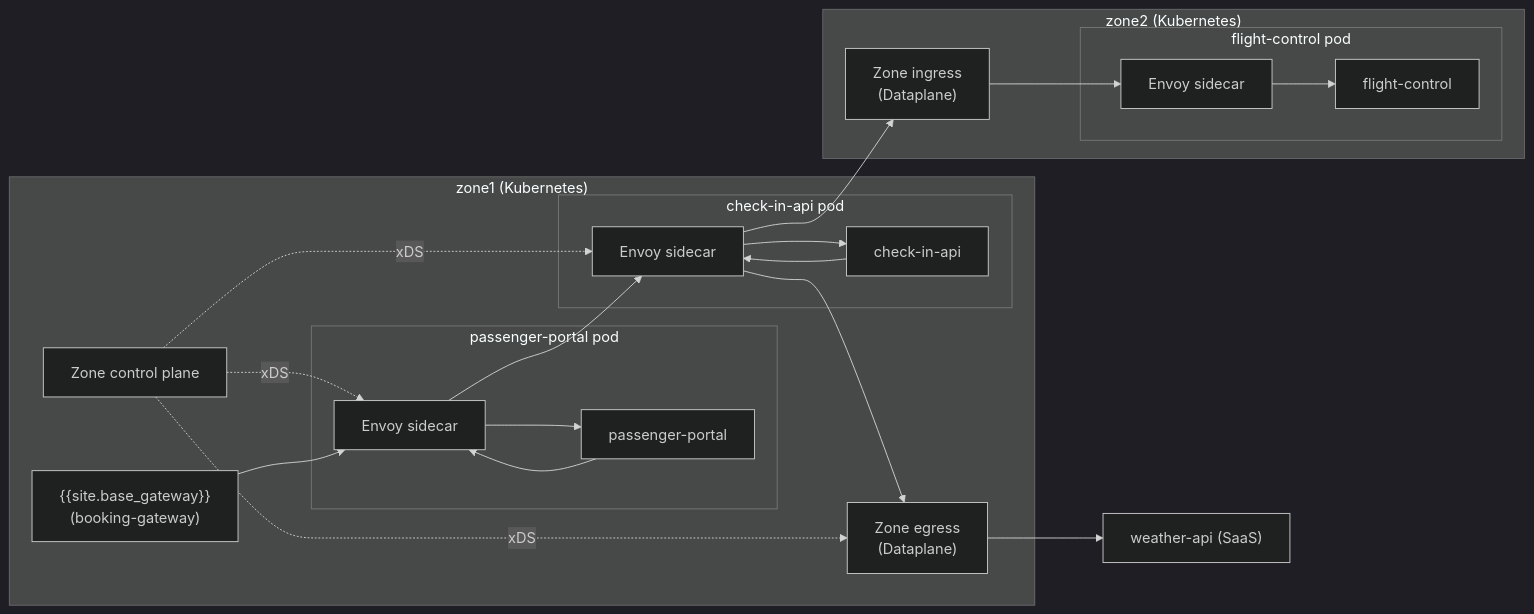
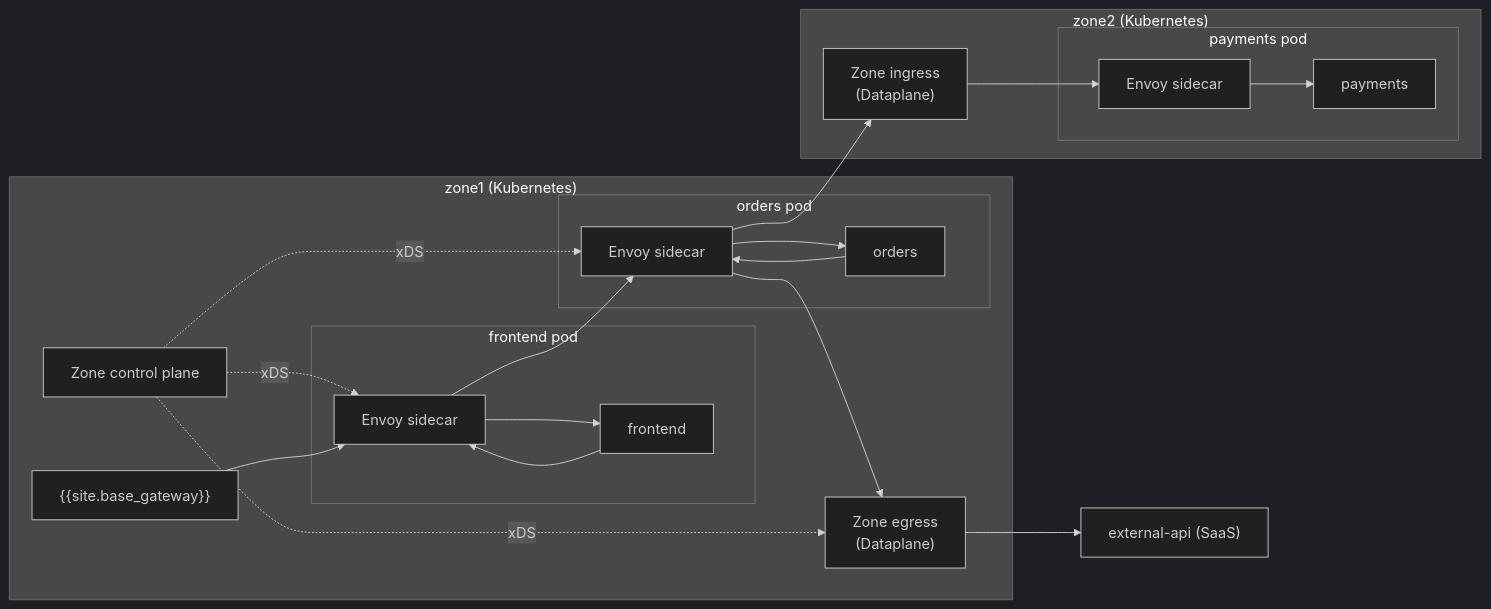
The second of 2 diagrams in app/mesh/architecture-overview.md (Kong/developer.konghq.com), drawn with Mermaid (dark theme) before and after one commit. The commit also changed other lines of this file and 4 other files, not shown here.

Commit message:
architecture overview

```diff
--- a/app/mesh/architecture-overview.md
+++ b/app/mesh/architecture-overview.md
@@ -107,40 +110,40 @@
 {% mermaid %}
 flowchart LR
-    subgraph ZoneEast["zone1 (Kubernetes)"]
-        ZECP["Zone control plane"]
-        KG["{{site.base_gateway}}<br/>(booking-gateway)"]
-        subgraph PPSvc["passenger-portal pod"]
-            PP_App["passenger-portal"]
-            PP_Envoy["Envoy sidecar"]
+    subgraph Zone1["zone1 (Kubernetes)"]
+        Z1CP["Zone control plane"]
+        KG["{{site.base_gateway}}"]
+        subgraph FESvc["frontend pod"]
+            FE_App["frontend"]
+            FE_Envoy["Envoy sidecar"]
         end
-        subgraph CISvc["check-in-api pod"]
-            CI_App["check-in-api"]
-            CI_Envoy["Envoy sidecar"]
+        subgraph ORSvc["orders pod"]
+            OR_App["orders"]
+            OR_Envoy["Envoy sidecar"]
         end
-        ZE_East["Zone egress<br/>(Dataplane)"]
+        ZE_Z1["Zone egress<br/>(Dataplane)"]
     end
-    subgraph ZoneWest["zone2 (Kubernetes)"]
-        ZI_West["Zone ingress<br/>(Dataplane)"]
-        subgraph FCSvc["flight-control pod"]
-            FC_App["flight-control"]
-            FC_Envoy["Envoy sidecar"]
+    subgraph Zone2["zone2 (Kubernetes)"]
+        ZI_Z2["Zone ingress<br/>(Dataplane)"]
+        subgraph PASvc["payments pod"]
+            PA_App["payments"]
+            PA_Envoy["Envoy sidecar"]
         end
     end
-    EXT["weather-api (SaaS)"]
+    EXT["external-api (SaaS)"]
 
-    ZECP -.->|xDS| PP_Envoy
-    ZECP -.->|xDS| CI_Envoy
-    ZECP -.->|xDS| ZE_East
+    Z1CP -.->|xDS| FE_Envoy
+    Z1CP -.->|xDS| OR_Envoy
+    Z1CP -.->|xDS| ZE_Z1
 
-    KG --> PP_Envoy
-    PP_Envoy --> PP_App
-    PP_App --> PP_Envoy
-    PP_Envoy --> CI_Envoy
-    CI_Envoy --> CI_App
-    CI_App --> CI_Envoy
-    CI_Envoy --> ZI_West
-    ZI_West --> FC_Envoy
-    FC_Envoy --> FC_App
-    CI_Envoy --> ZE_East
-    ZE_East --> EXT
+    KG --> FE_Envoy
+    FE_Envoy --> FE_App
+    FE_App --> FE_Envoy
+    FE_Envoy --> OR_Envoy
+    OR_Envoy --> OR_App
+    OR_App --> OR_Envoy
+    OR_Envoy --> ZI_Z2
+    ZI_Z2 --> PA_Envoy
+    PA_Envoy --> PA_App
+    OR_Envoy --> ZE_Z1
+    ZE_Z1 --> EXT
 {% endmermaid %}
```
